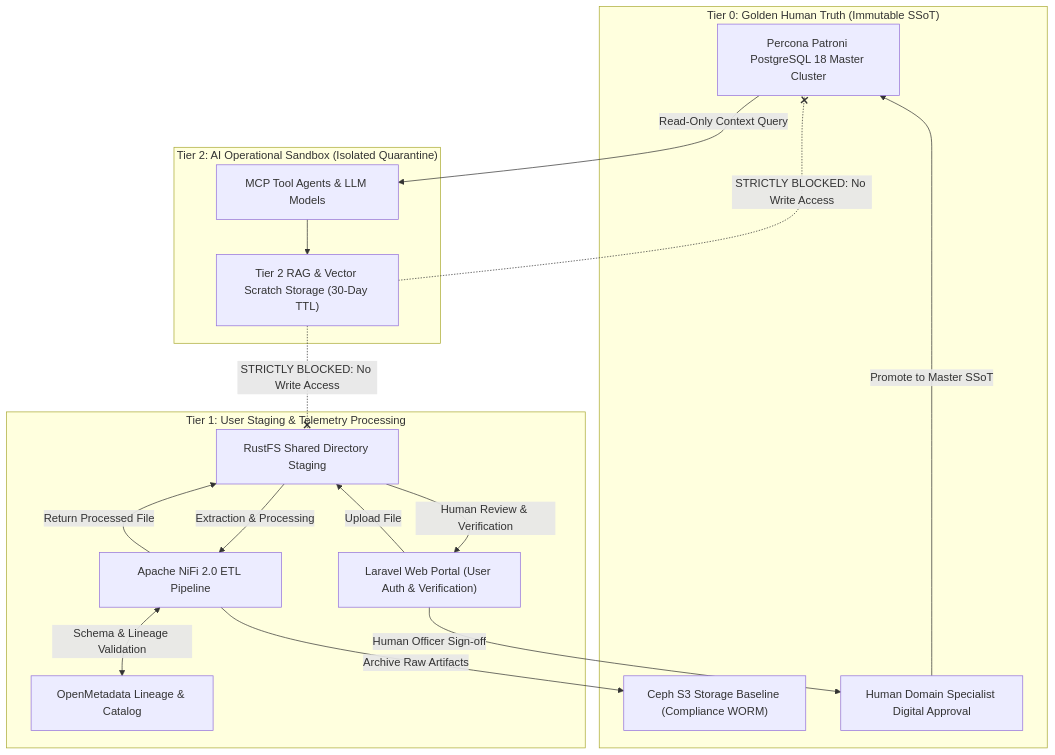
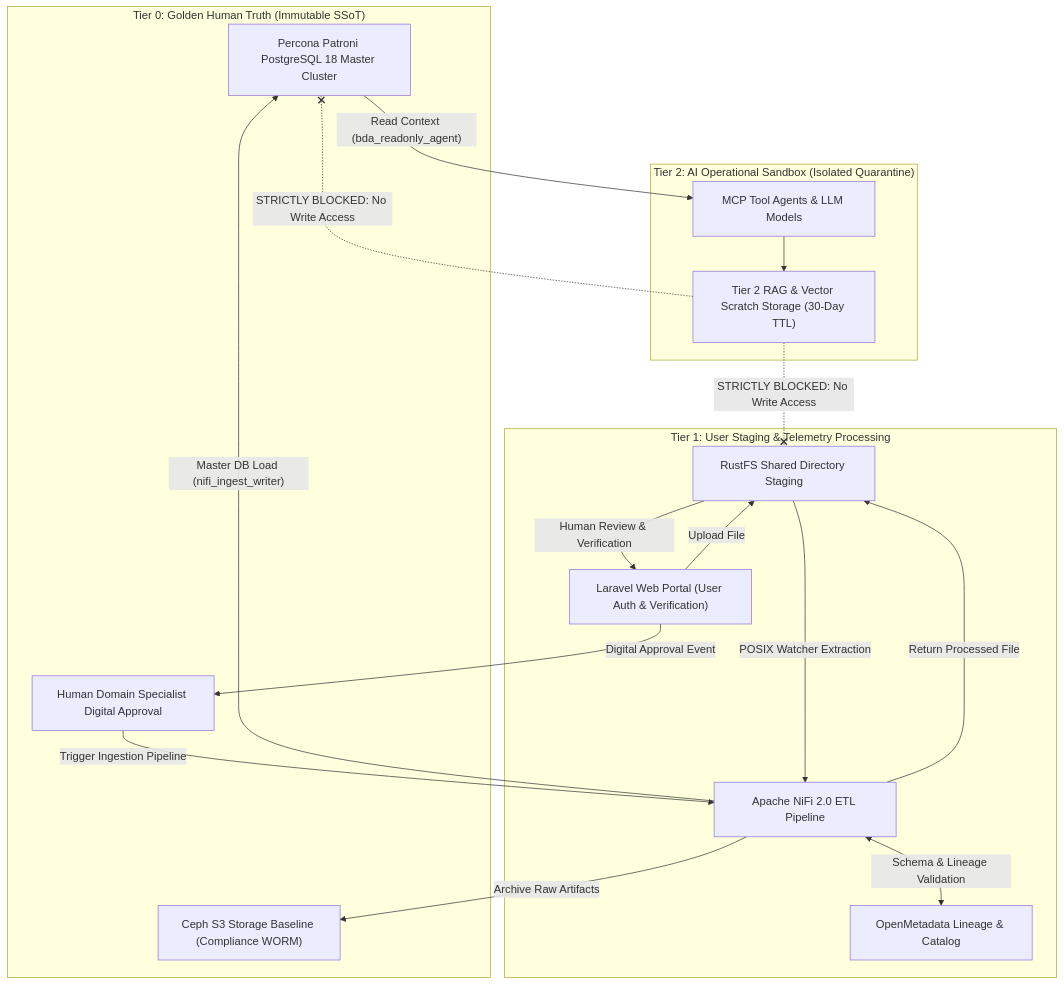
Before and after one commit to linuxmalaysia/bda-ai-infra: the diagram in docs/explanation/human-ai-quarantine-model.md, drawn with Mermaid. The commit also changed other lines of this file and 2 other files, not shown here.

Commit message:
Address PR review comments for Human-AI quarantine architecture

````diff
--- a/docs/explanation/human-ai-quarantine-model.md
+++ b/docs/explanation/human-ai-quarantine-model.md
@@ -105,34 +105,35 @@
 ```mermaid
 flowchart TD
     subgraph Tier0 ["Tier 0: Golden Human Truth (Immutable SSoT)"]
         MasterDB["Percona Patroni PostgreSQL 18 Master Cluster"]
         CephStorage["Ceph S3 Storage Baseline (Compliance WORM)"]
         HumanSign["Human Domain Specialist Digital Approval"]
     end
 
     subgraph Tier1 ["Tier 1: User Staging & Telemetry Processing"]
         LaravelPortal["Laravel Web Portal (User Auth & Verification)"]
         RustFSStaging["RustFS Shared Directory Staging"]
         NiFiPipeline["Apache NiFi 2.0 ETL Pipeline"]
         OpenMetadataCatalog["OpenMetadata Lineage & Catalog"]
     end
 
     subgraph Tier2 ["Tier 2: AI Operational Sandbox (Isolated Quarantine)"]
         MCPAgents["MCP Tool Agents & LLM Models"]
         RAGScratch["Tier 2 RAG & Vector Scratch Storage (30-Day TTL)"]
     end
 
     LaravelPortal -->|"Upload File"| RustFSStaging
-    RustFSStaging -->|"Extraction & Processing"| NiFiPipeline
+    RustFSStaging -->|"POSIX Watcher Extraction"| NiFiPipeline
     NiFiPipeline <-->|"Schema & Lineage Validation"| OpenMetadataCatalog
     NiFiPipeline -->|"Return Processed File"| RustFSStaging
     RustFSStaging -->|"Human Review & Verification"| LaravelPortal
-    LaravelPortal -->|"Human Officer Sign-off"| HumanSign
-    HumanSign -->|"Promote to Master SSoT"| MasterDB
+    LaravelPortal -->|"Digital Approval Event"| HumanSign
+    HumanSign -->|"Trigger Ingestion Pipeline"| NiFiPipeline
+    NiFiPipeline -->|"Master DB Load (nifi_ingest_writer)"| MasterDB
     NiFiPipeline -->|"Archive Raw Artifacts"| CephStorage
 
-    MasterDB -->|"Read-Only Context Query"| MCPAgents
+    MasterDB -->|"Read Context (bda_readonly_agent)"| MCPAgents
     MCPAgents --> RAGScratch
     RAGScratch -.-x|"STRICTLY BLOCKED: No Write Access"| MasterDB
     RAGScratch -.-x|"STRICTLY BLOCKED: No Write Access"| RustFSStaging
 ```
````
